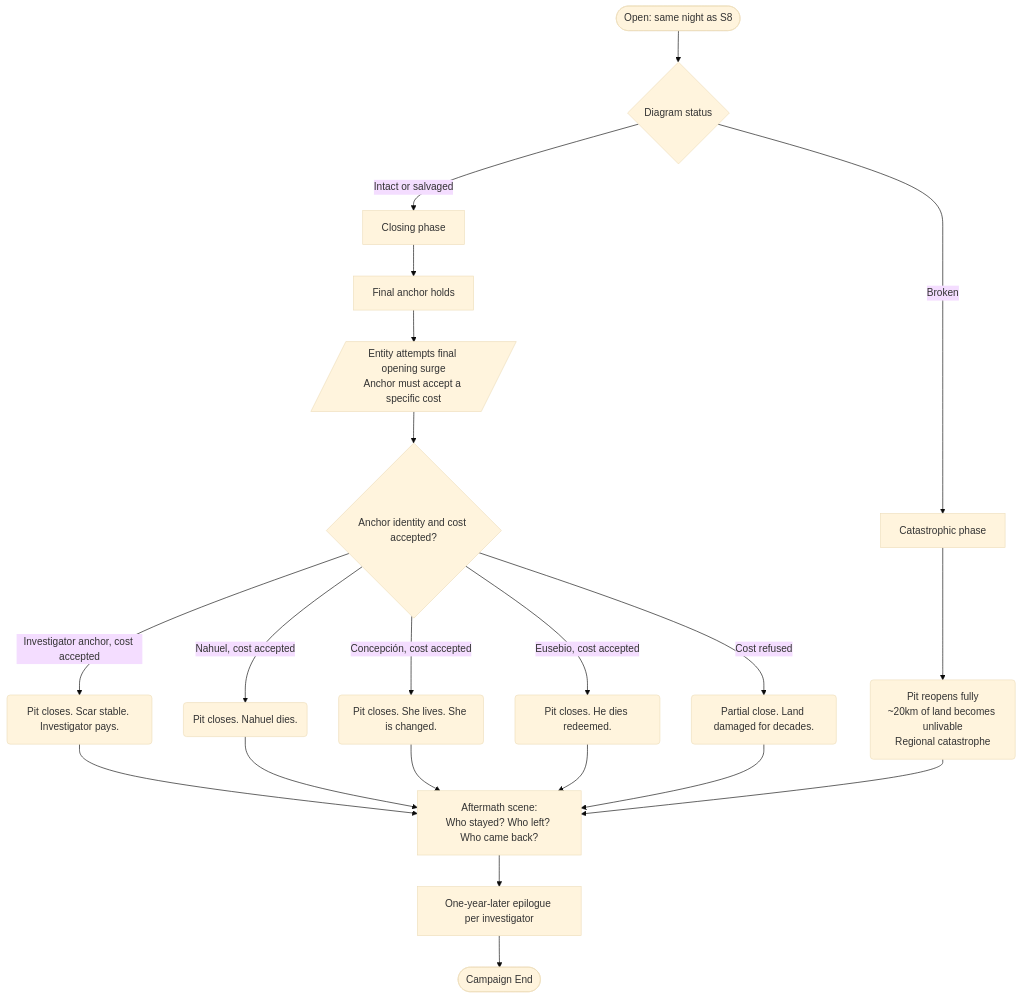
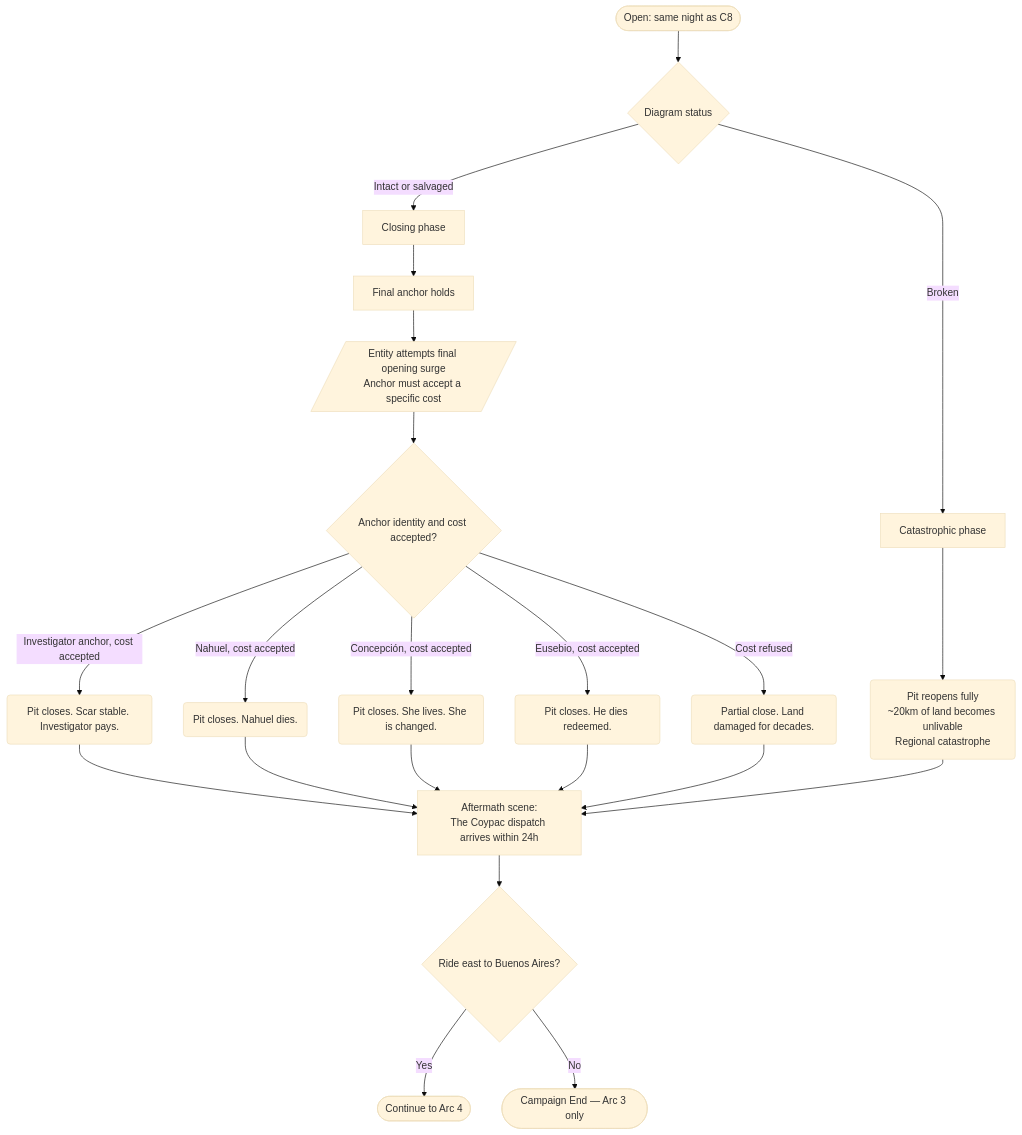
Before and after one commit to lucas-tortora/gauchulu: diagram 11 of 14 in REF-FlowMap.md, drawn with Mermaid (base theme). The commit also changed other lines of this file and 39 other files, not shown here.

````diff
--- a/REF-FlowMap.md
+++ b/REF-FlowMap.md
@@ -359,18 +359,19 @@
 ```mermaid
 flowchart TD
-    O9([Open: same night as S8]) --> A{Diagram status}
+    O9([Open: same night as C8]) --> A{Diagram status}
     A -->|Intact or salvaged| B[Closing phase]
     A -->|Broken| C[Catastrophic phase]
     B --> D[Final anchor holds]
     D --> E[/Entity attempts final opening surge<br/>Anchor must accept a specific cost/]
     E --> F{Anchor identity and cost accepted?}
     F -->|Investigator anchor, cost accepted| G1(Pit closes. Scar stable. Investigator pays.)
     F -->|Nahuel, cost accepted| G2(Pit closes. Nahuel dies.)
     F -->|Concepción, cost accepted| G3(Pit closes. She lives. She is changed.)
     F -->|Eusebio, cost accepted| G4(Pit closes. He dies redeemed.)
     F -->|Cost refused| G5(Partial close. Land damaged for decades.)
     C --> H(Pit reopens fully<br/>~20km of land becomes unlivable<br/>Regional catastrophe)
-    G1 & G2 & G3 & G4 & G5 & H --> I[Aftermath scene:<br/>Who stayed? Who left? Who came back?]
-    I --> J[One-year-later epilogue per investigator]
-    J --> EndF([Campaign End])
+    G1 & G2 & G3 & G4 & G5 & H --> I[Aftermath scene:<br/>The Coypac dispatch arrives within 24h]
+    I --> J{Ride east to Buenos Aires?}
+    J -->|Yes| K([Continue to Arc 4])
+    J -->|No| EndF([Campaign End — Arc 3 only])
 ```
````
